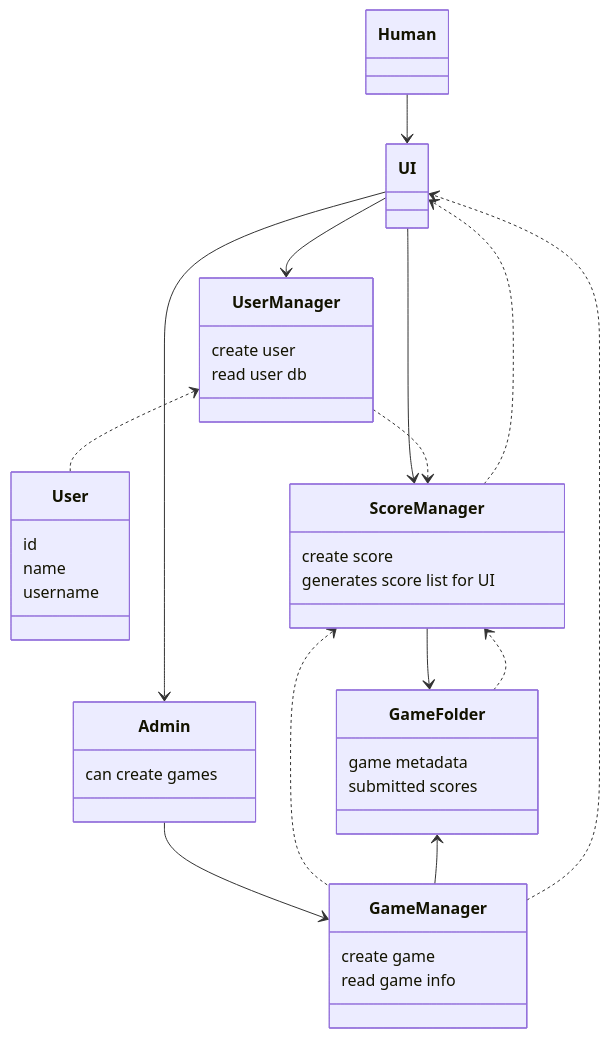
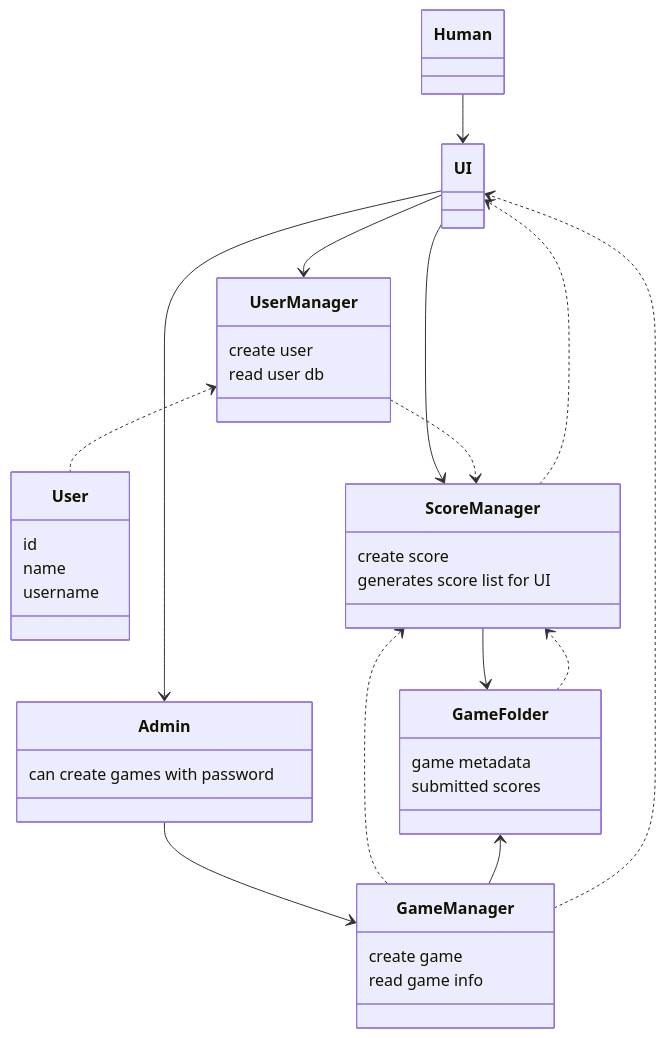
One commit to CrackPapaXtreme/ohte changed the diagram in dokumentaatio/arkkitehtuuri.md. Above: the diagram before and after it, drawn with Mermaid. The commit also changed 19 other files, not shown here.

````diff
--- a/dokumentaatio/arkkitehtuuri.md
+++ b/dokumentaatio/arkkitehtuuri.md
@@ -1,40 +1,40 @@
 ```mermaid
 classDiagram
 UI-->Admin
 Admin --> GameManager
 Human-->UI
 UI-->UserManager
 UserManager <.. User
 UI-->ScoreManager
 ScoreManager --> GameFolder
 ScoreManager ..> UI
 GameFolder ..> ScoreManager
 UserManager ..> ScoreManager
 ScoreManager <.. GameManager
 GameFolder <-- GameManager
 GameManager ..> UI
 class User{
     id
     name
     username
 }
 class GameFolder{
     game metadata
     submitted scores
 }
 class UserManager{
     create user
     read user db
 }
 class GameManager{
     create game
     read game info
 }
 class Admin{
-    can create games
+    can create games with password
 }
 class ScoreManager{
     create score
     generates score list for UI
 }
 ```
````
